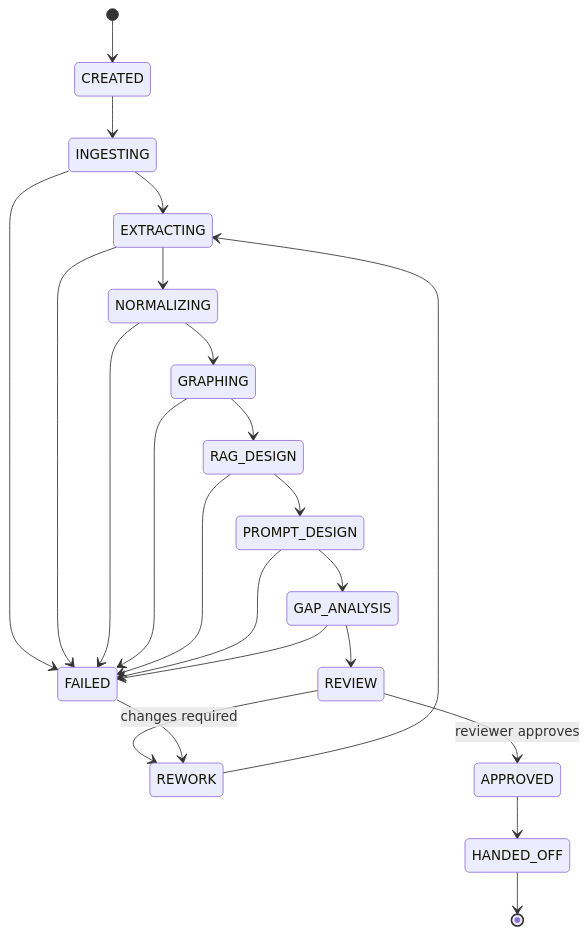
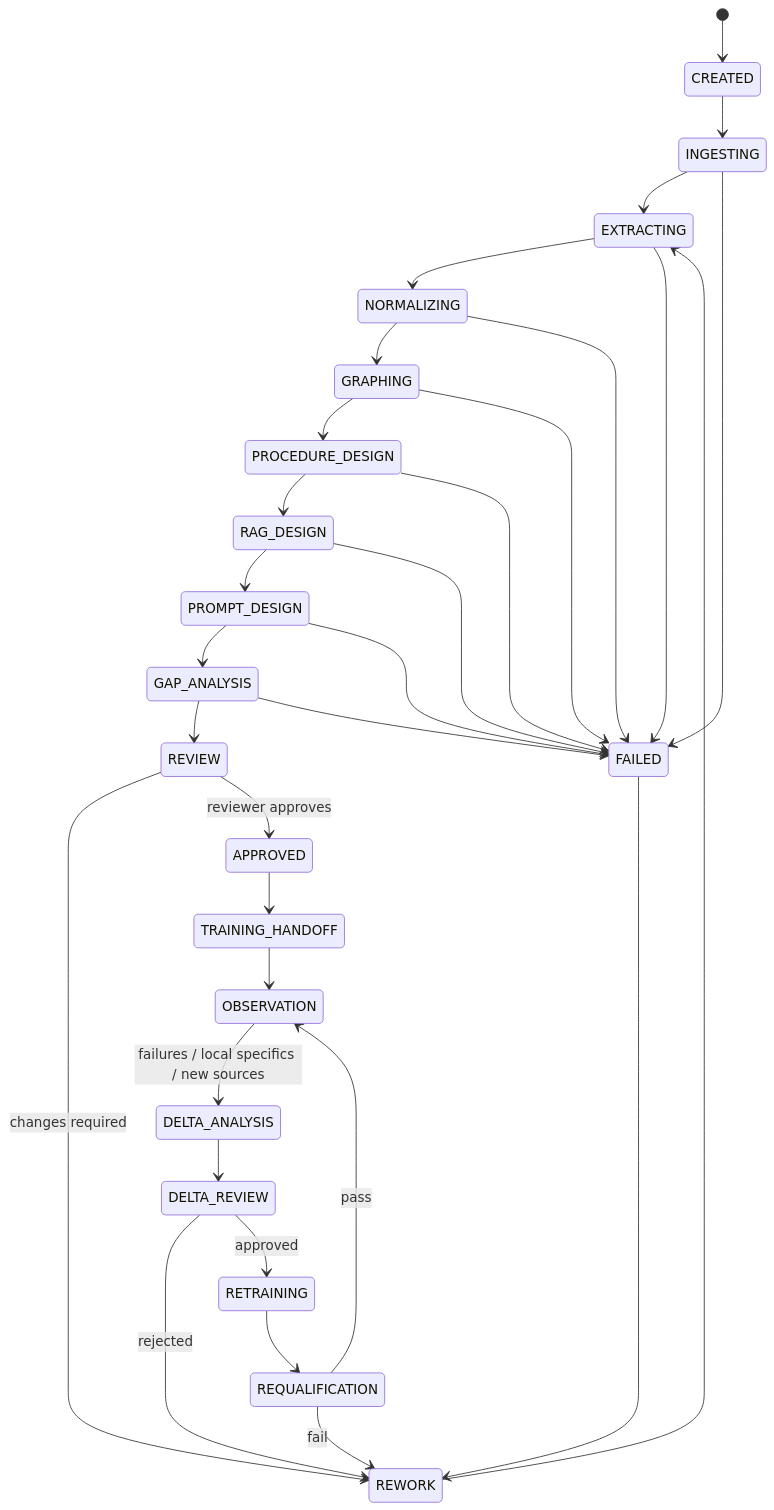
Before and after one commit to VictorKVS/alina-knowledge-worker: the first of 3 diagrams in future_lab/agents/AK-01/business/STATE_MODEL.md, drawn with Mermaid. The commit also changed other lines of this file, not shown here.

Commit message:
AK-01 AB: revise business model for continuous learning and local adaptation

````diff
--- a/future_lab/agents/AK-01/business/STATE_MODEL.md
+++ b/future_lab/agents/AK-01/business/STATE_MODEL.md
@@ -5,27 +5,36 @@
 ```mermaid
 stateDiagram-v2
     [*] --> CREATED
     CREATED --> INGESTING
     INGESTING --> EXTRACTING
     EXTRACTING --> NORMALIZING
     NORMALIZING --> GRAPHING
-    GRAPHING --> RAG_DESIGN
+    GRAPHING --> PROCEDURE_DESIGN
+    PROCEDURE_DESIGN --> RAG_DESIGN
     RAG_DESIGN --> PROMPT_DESIGN
     PROMPT_DESIGN --> GAP_ANALYSIS
     GAP_ANALYSIS --> REVIEW
     REVIEW --> REWORK: changes required
     REWORK --> EXTRACTING
     REVIEW --> APPROVED: reviewer approves
-    APPROVED --> HANDED_OFF
-    HANDED_OFF --> [*]
+    APPROVED --> TRAINING_HANDOFF
+    TRAINING_HANDOFF --> OBSERVATION
+    OBSERVATION --> DELTA_ANALYSIS: failures / local specifics / new sources
+    DELTA_ANALYSIS --> DELTA_REVIEW
+    DELTA_REVIEW --> REWORK: rejected
+    DELTA_REVIEW --> RETRAINING: approved
+    RETRAINING --> REQUALIFICATION
+    REQUALIFICATION --> OBSERVATION: pass
+    REQUALIFICATION --> REWORK: fail
 
     INGESTING --> FAILED
     EXTRACTING --> FAILED
     NORMALIZING --> FAILED
     GRAPHING --> FAILED
+    PROCEDURE_DESIGN --> FAILED
     RAG_DESIGN --> FAILED
     PROMPT_DESIGN --> FAILED
     GAP_ANALYSIS --> FAILED
 
     FAILED --> REWORK
 ```
````
